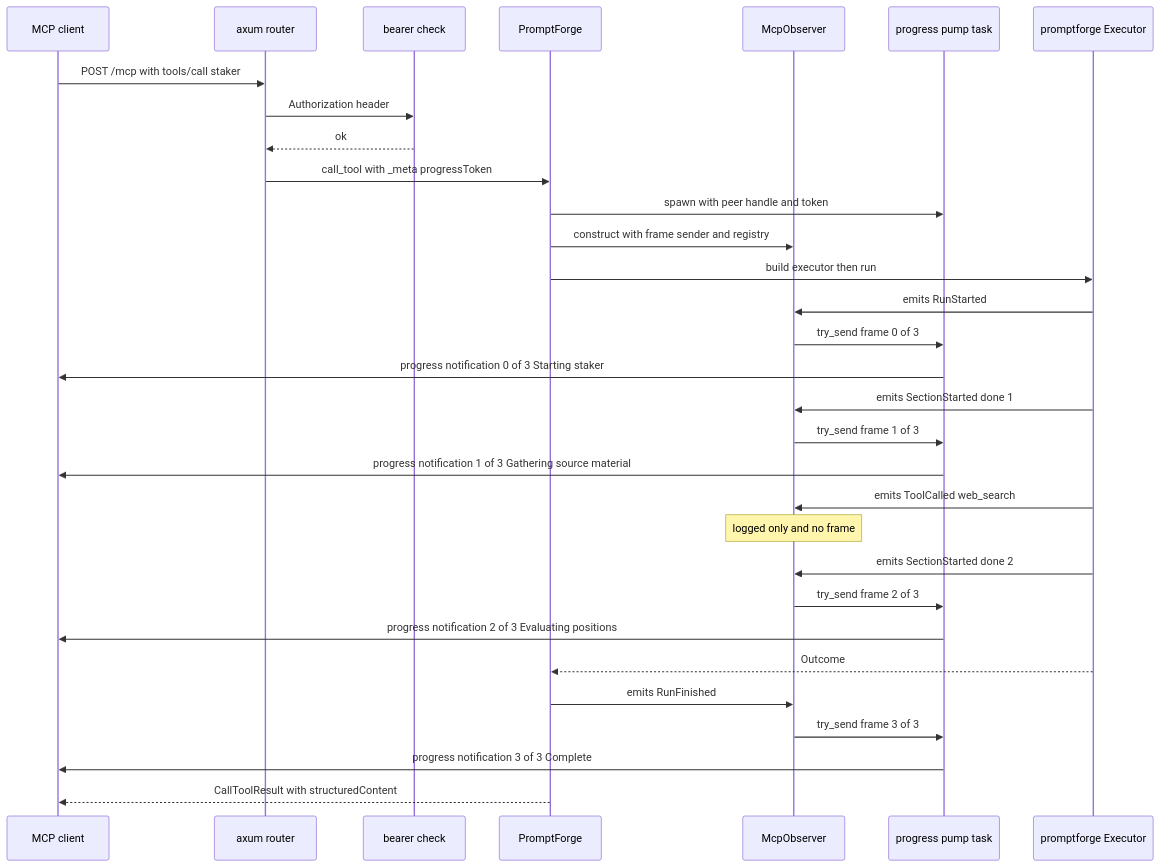
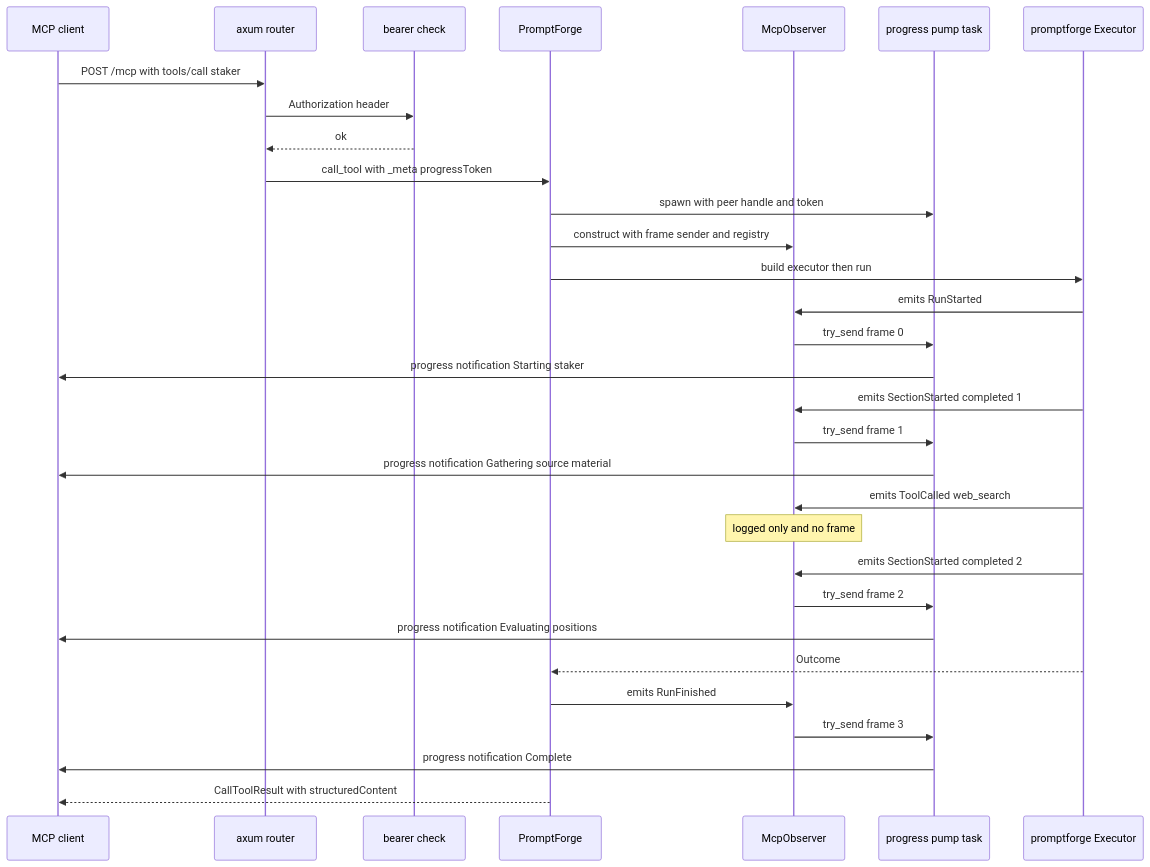
Before and after one commit to cppalliance/promptforge-design: the diagram in design-mcp.md, drawn with Mermaid. The commit also changed other lines of this file and 10 other files, not shown here.

````diff
--- a/design-mcp.md
+++ b/design-mcp.md
@@ -186,34 +186,34 @@
 ```mermaid
 sequenceDiagram
     participant Client as MCP client
     participant Router as axum router
     participant Auth as bearer check
     participant Server as PromptForge
     participant Obs as McpObserver
     participant Pump as progress pump task
     participant Exec as promptforge Executor
 
     Client->>Router: POST /mcp with tools/call staker
     Router->>Auth: Authorization header
     Auth-->>Router: ok
     Router->>Server: call_tool with _meta progressToken
     Server->>Pump: spawn with peer handle and token
     Server->>Obs: construct with frame sender and registry
     Server->>Exec: build executor then run
     Exec->>Obs: emits RunStarted
-    Obs->>Pump: try_send frame 0 of 3
-    Pump->>Client: progress notification 0 of 3 Starting staker
-    Exec->>Obs: emits SectionStarted done 1
-    Obs->>Pump: try_send frame 1 of 3
-    Pump->>Client: progress notification 1 of 3 Gathering source material
+    Obs->>Pump: try_send frame 0
+    Pump->>Client: progress notification Starting staker
+    Exec->>Obs: emits SectionStarted completed 1
+    Obs->>Pump: try_send frame 1
+    Pump->>Client: progress notification Gathering source material
     Exec->>Obs: emits ToolCalled web_search
     Note over Obs: logged only and no frame
-    Exec->>Obs: emits SectionStarted done 2
-    Obs->>Pump: try_send frame 2 of 3
-    Pump->>Client: progress notification 2 of 3 Evaluating positions
+    Exec->>Obs: emits SectionStarted completed 2
+    Obs->>Pump: try_send frame 2
+    Pump->>Client: progress notification Evaluating positions
     Exec-->>Server: Outcome
     Server->>Obs: emits RunFinished
-    Obs->>Pump: try_send frame 3 of 3
-    Pump->>Client: progress notification 3 of 3 Complete
+    Obs->>Pump: try_send frame 3
+    Pump->>Client: progress notification Complete
     Server-->>Client: CallToolResult with structuredContent
 ```
````
